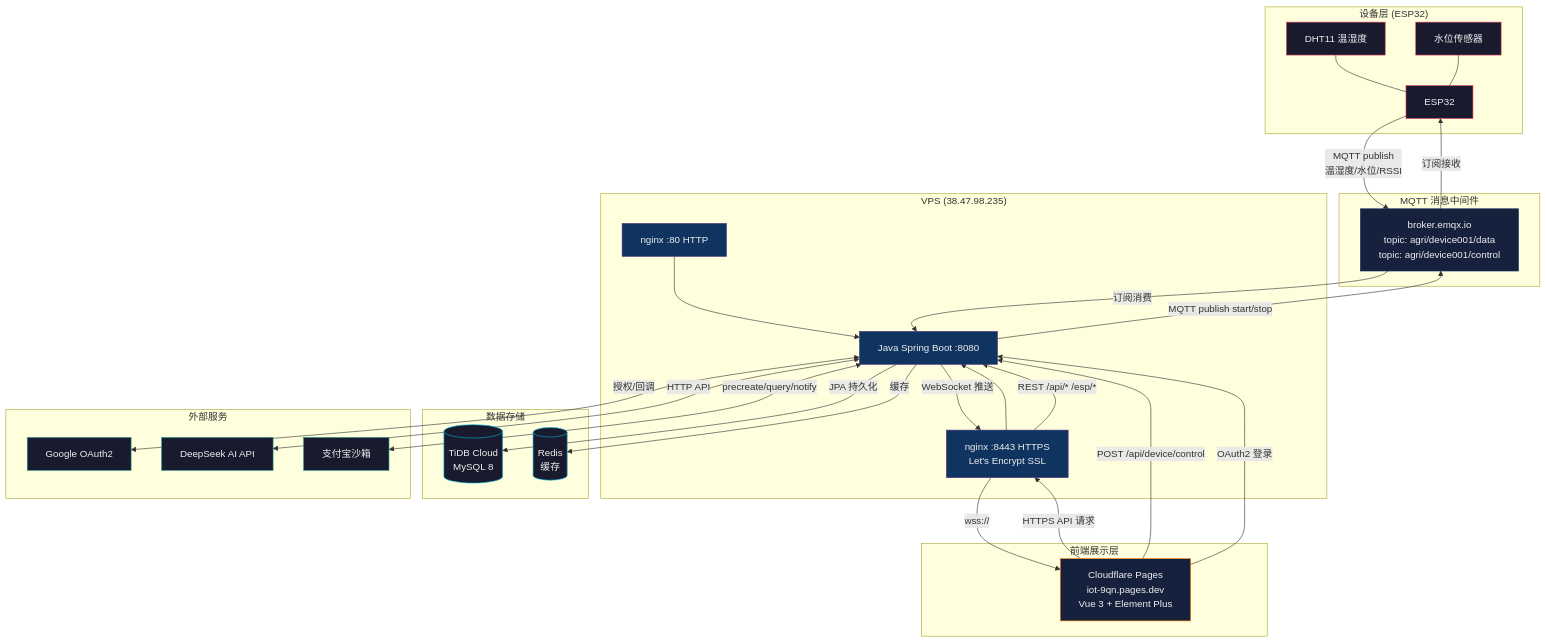
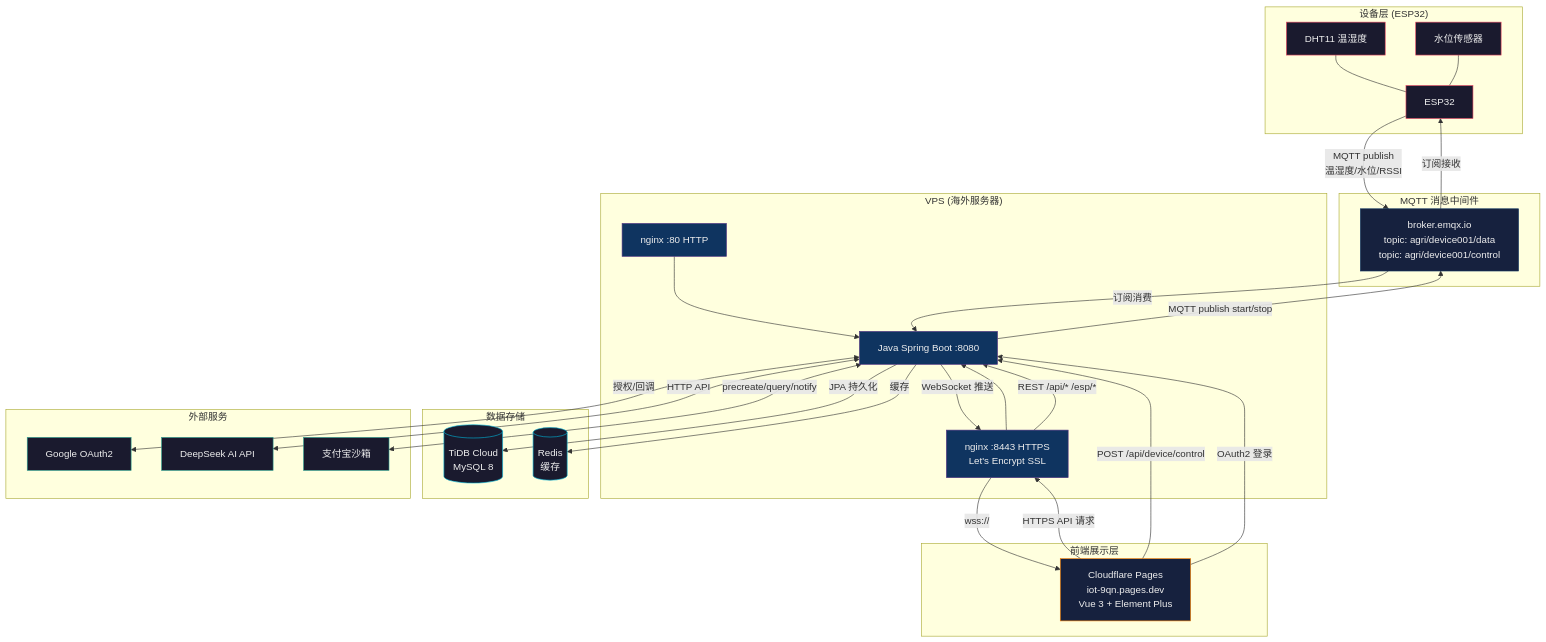
One commit to gzxxxxxx178-ship-it/Iot changed the diagram in CLAUDE.md. Above: the diagram before and after it, drawn with Mermaid. The commit also changed other lines of this file and 2 other files, not shown here.

First line of the commit message:
docs: 脱敏 CLAUDE.md 中的 VPS IP 和端口细节

````diff
--- a/CLAUDE.md
+++ b/CLAUDE.md
@@ -17,79 +17,79 @@
 ```mermaid
 graph TB
     subgraph Device["设备层 (ESP32)"]
         ESP[ESP32]
         DHT[DHT11 温湿度]
         WATER[水位传感器]
         DHT --- ESP
         WATER --- ESP
     end
 
     subgraph MQTT["MQTT 消息中间件"]
         BROKER[broker.emqx.io<br/>topic: agri/device001/data<br/>topic: agri/device001/control]
     end
 
-    subgraph VPS["VPS (38.47.98.235)"]
+    subgraph VPS["VPS (海外服务器)"]
         NGINX80[nginx :80 HTTP]
         NGINX8443[nginx :8443 HTTPS<br/>Let's Encrypt SSL]
         JAVA[Java Spring Boot :8080]
         NGINX80 --> JAVA
         NGINX8443 --> JAVA
     end
 
     subgraph DB["数据存储"]
         TIDB[(TiDB Cloud<br/>MySQL 8)]
         REDIS[(Redis<br/>缓存)]
     end
 
     subgraph Frontend["前端展示层"]
         CF[Cloudflare Pages<br/>iot-9qn.pages.dev<br/>Vue 3 + Element Plus]
     end
 
     subgraph External["外部服务"]
         GOOGLE[Google OAuth2]
         DEEPSEEK[DeepSeek AI API]
         ALIPAY[支付宝沙箱]
     end
 
     %% 数据上报流
     ESP -->|"MQTT publish<br/>温湿度/水位/RSSI"| BROKER
     BROKER -->|"订阅消费"| JAVA
     JAVA -->|"JPA 持久化"| TIDB
     JAVA -->|"缓存"| REDIS
 
     %% 实时推送流
     JAVA -->|"WebSocket 推送"| NGINX8443
     NGINX8443 -->|"wss://"| CF
 
     %% 前端 API 请求
     CF -->|"HTTPS API 请求"| NGINX8443
     NGINX8443 -->|"REST /api/* /esp/*"| JAVA
 
     %% 设备控制流
     CF -->|"POST /api/device/control"| JAVA
     JAVA -->|"MQTT publish start/stop"| BROKER
     BROKER -->|"订阅接收"| ESP
 
     %% 认证流
     CF -->|"OAuth2 登录"| JAVA
     JAVA <-->|"授权/回调"| GOOGLE
 
     %% AI 和支付
     JAVA <-->|"HTTP API"| DEEPSEEK
     JAVA <-->|"precreate/query/notify"| ALIPAY
 
     %% 样式
     classDef device fill:#1a1a2e,stroke:#e94560,color:#eee
     classDef mqtt fill:#16213e,stroke:#0f3460,color:#eee
     classDef vps fill:#0f3460,stroke:#533483,color:#eee
     classDef db fill:#1a1a2e,stroke:#00b4d8,color:#eee
     classDef frontend fill:#16213e,stroke:#f77f00,color:#eee
     classDef external fill:#1a1a2e,stroke:#2a9d8f,color:#eee
 
     class ESP,DHT,WATER device
     class BROKER mqtt
     class NGINX80,NGINX8443,JAVA vps
     class TIDB,REDIS db
     class CF frontend
     class GOOGLE,DEEPSEEK,ALIPAY external
 ```
````
